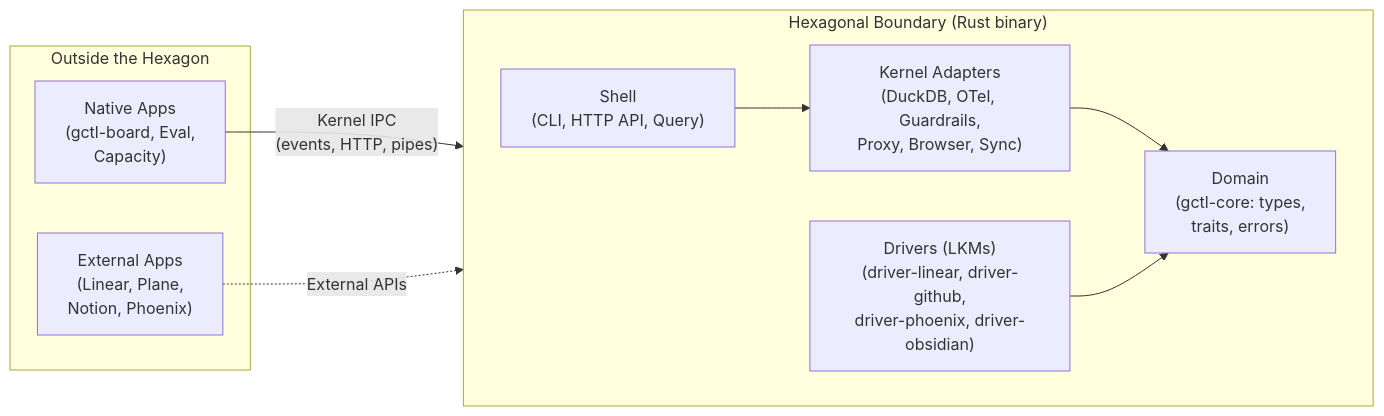
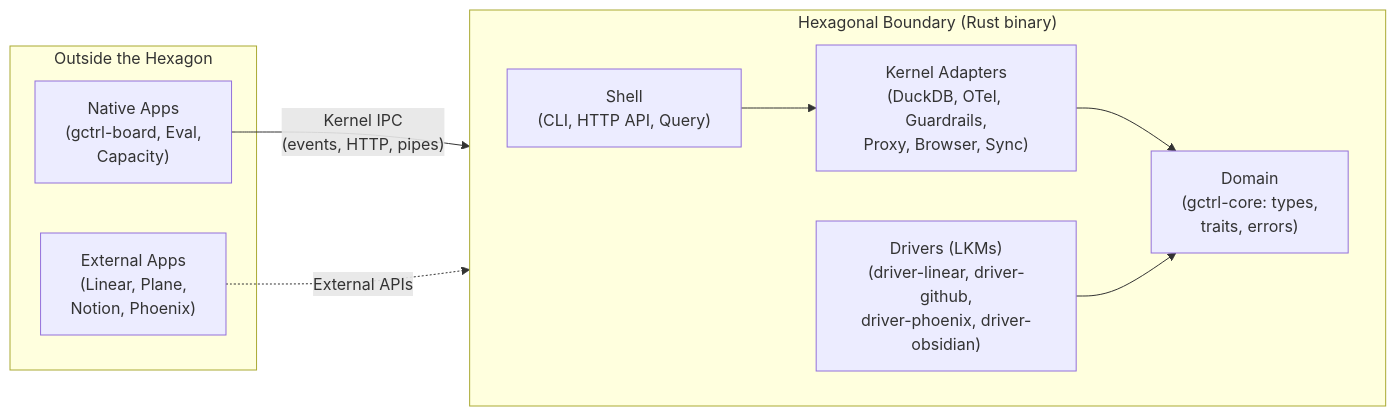
The third of 3 diagrams in specs/architecture/README.md (OpenHackersClub/gctrl), drawn with Mermaid before and after one commit. The commit also changed other lines of this file and 360 other files, not shown here.

First line of the commit message:
refactor: rename brand gctl → gctrl across repo

````diff
--- a/specs/architecture/README.md
+++ b/specs/architecture/README.md
@@ -220,20 +220,20 @@
 ```mermaid
 flowchart LR
   subgraph Hex["Hexagonal Boundary (Rust binary)"]
     direction LR
     Shell["Shell\n(CLI, HTTP API, Query)"]
     Adapters["Kernel Adapters\n(DuckDB, OTel, Guardrails,\nProxy, Browser, Sync)"]
     LKMs["Drivers (LKMs)\n(driver-linear, driver-github,\ndriver-phoenix, driver-obsidian)"]
-    Domain["Domain\n(gctl-core: types,\ntraits, errors)"]
+    Domain["Domain\n(gctrl-core: types,\ntraits, errors)"]
     Shell --> Adapters --> Domain
     LKMs --> Domain
   end
 
   subgraph Outside["Outside the Hexagon"]
-    NativeApps["Native Apps\n(gctl-board, Eval,\nCapacity)"]
+    NativeApps["Native Apps\n(gctrl-board, Eval,\nCapacity)"]
     ExtApps["External Apps\n(Linear, Plane,\nNotion, Phoenix)"]
   end
 
   NativeApps -->|"Kernel IPC\n(events, HTTP, pipes)"| Shell
   ExtApps -.->|"External APIs"| LKMs
 ```
````
